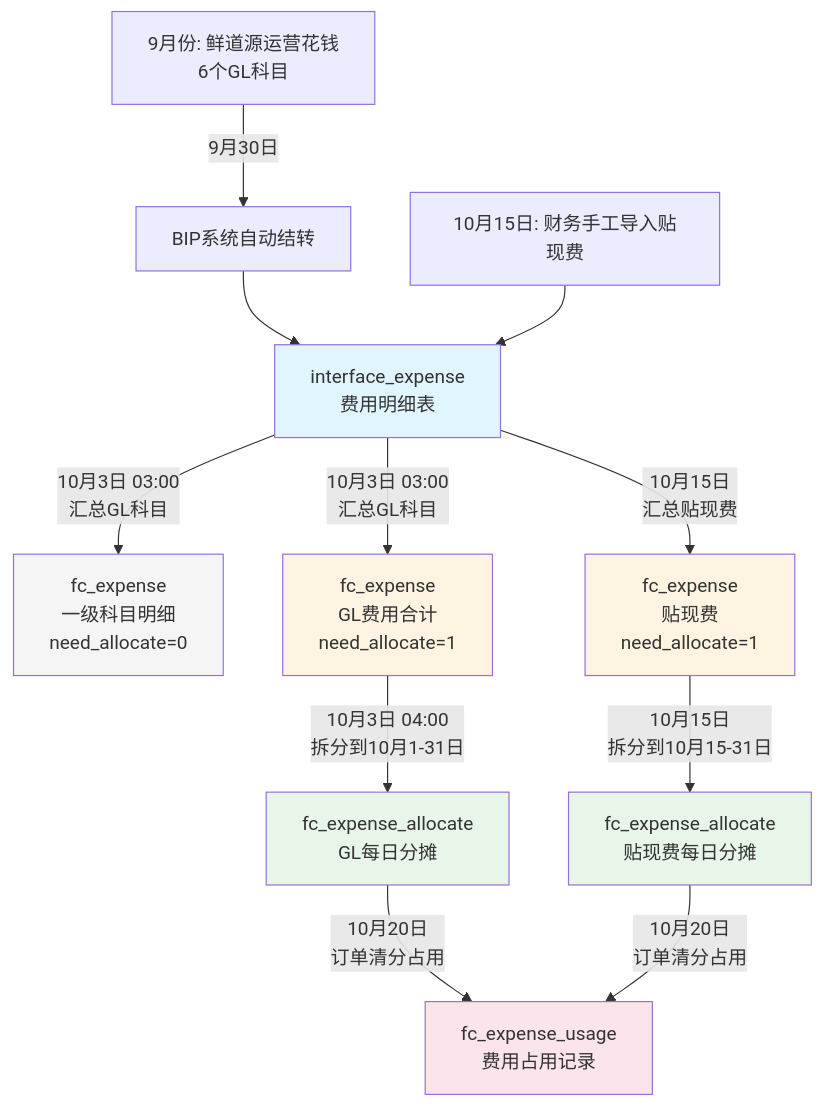
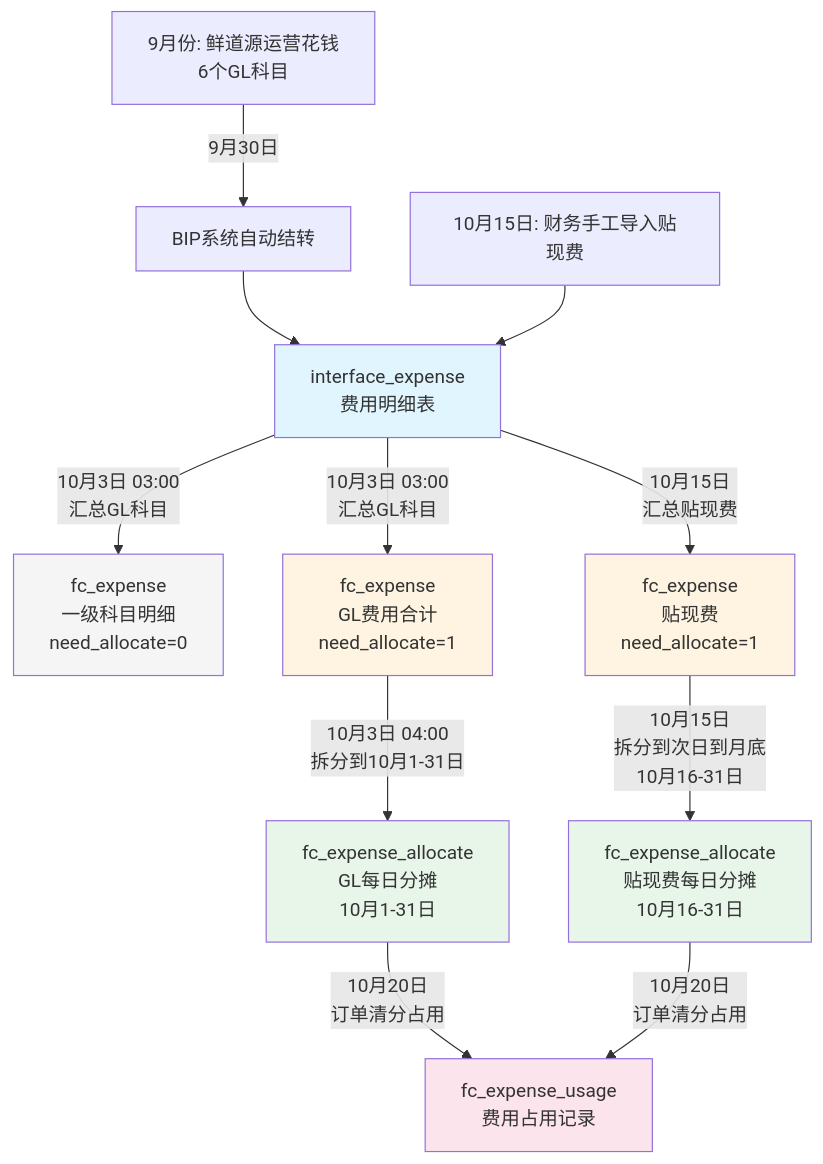
Before and after one commit to garyma-ai01/clearing-system: the second of 2 diagrams in README.md, drawn with Mermaid. The commit also changed other lines of this file, not shown here.

````diff
--- a/README.md
+++ b/README.md
@@ -228,25 +291,25 @@
 ```mermaid
 graph TD
     A[9月份: 鲜道源运营花钱<br/>6个GL科目] -->|9月30日| B[BIP系统自动结转]
     B --> D[interface_expense<br/>费用明细表]
     
     C[10月15日: 财务手工导入贴现费] --> D
     
     D -->|10月3日 03:00<br/>汇总GL科目| E1[fc_expense<br/>一级科目明细<br/>need_allocate=0]
     D -->|10月3日 03:00<br/>汇总GL科目| E2[fc_expense<br/>GL费用合计<br/>need_allocate=1]
     D -->|10月15日<br/>汇总贴现费| E3[fc_expense<br/>贴现费<br/>need_allocate=1]
     
-    E2 -->|10月3日 04:00<br/>拆分到10月1-31日| F1[fc_expense_allocate<br/>GL每日分摊]
-    E3 -->|10月15日<br/>拆分到10月15-31日| F2[fc_expense_allocate<br/>贴现费每日分摊]
+    E2 -->|10月3日 04:00<br/>拆分到10月1-31日| F1[fc_expense_allocate<br/>GL每日分摊<br/>10月1-31日]
+    E3 -->|10月15日<br/>拆分到次日到月底<br/>10月16-31日| F2[fc_expense_allocate<br/>贴现费每日分摊<br/>10月16-31日]
     
     F1 -->|10月20日<br/>订单清分占用| G[fc_expense_usage<br/>费用占用记录]
     F2 -->|10月20日<br/>订单清分占用| G
     
     style D fill:#e1f5ff
     style E1 fill:#f5f5f5
     style E2 fill:#fff4e1
     style E3 fill:#fff4e1
     style F1 fill:#e8f5e9
     style F2 fill:#e8f5e9
     style G fill:#fce4ec
 ```
````
